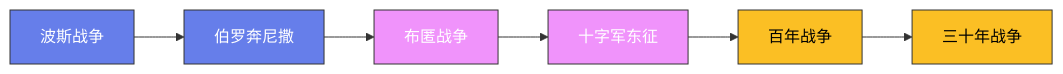
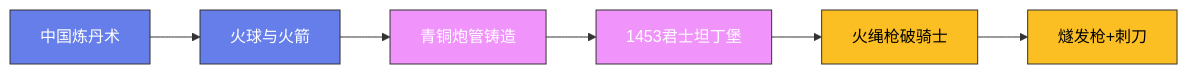
The diagram in content/posts/ModelCreate/军事史/06-火药革命.md (Fengur/Fengur.github.io), drawn with Mermaid before and after one commit. The commit also changed other lines of this file and 118 other files, not shown here.

````diff
--- a/content/posts/ModelCreate/军事史/06-火药革命.md
+++ b/content/posts/ModelCreate/军事史/06-火药革命.md
@@ -41,16 +39,16 @@
 ```mermaid
 graph LR
-    A["波斯战争"] --> B["伯罗奔尼撒"]
-    B --> C["布匿战争"]
-    C --> D["十字军东征"]
-    D --> E["百年战争"]
-    E --> F["三十年战争"]
+    A["中国炼丹术"] --> B["火球与火箭"]
+    B --> C["青铜炮管铸造"]
+    C --> D["1453君士坦丁堡"]
+    D --> E["火绳枪破骑士"]
+    E --> F["燧发枪+刺刀"]
 
     classDef early fill:#667eea,stroke:#333,color:white
     classDef mid fill:#f093fb,stroke:#333,color:white
     classDef modern fill:#fbbf24,stroke:#333,color:black
 
     class A,B early
     class C,D mid
     class E,F modern
 ```
````
